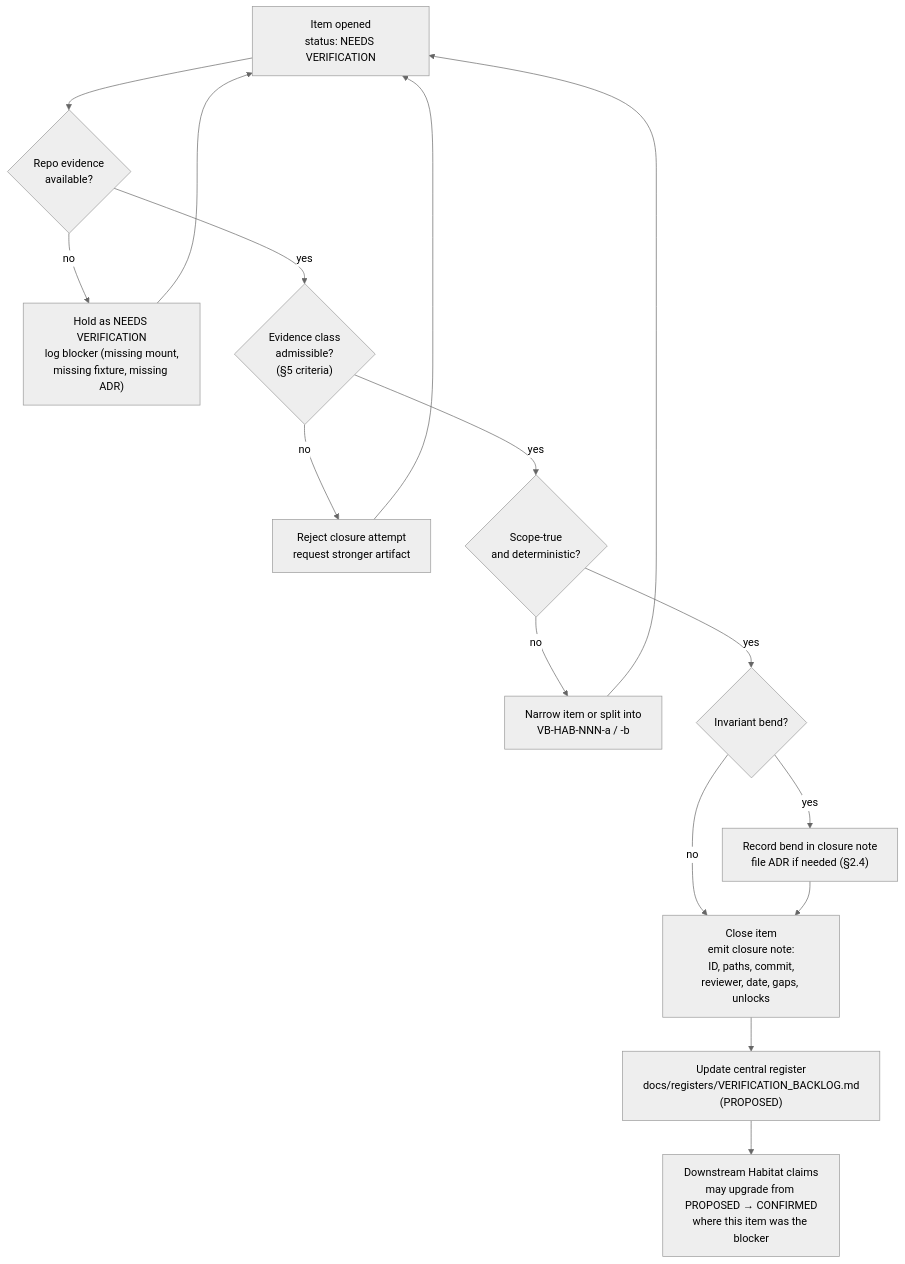
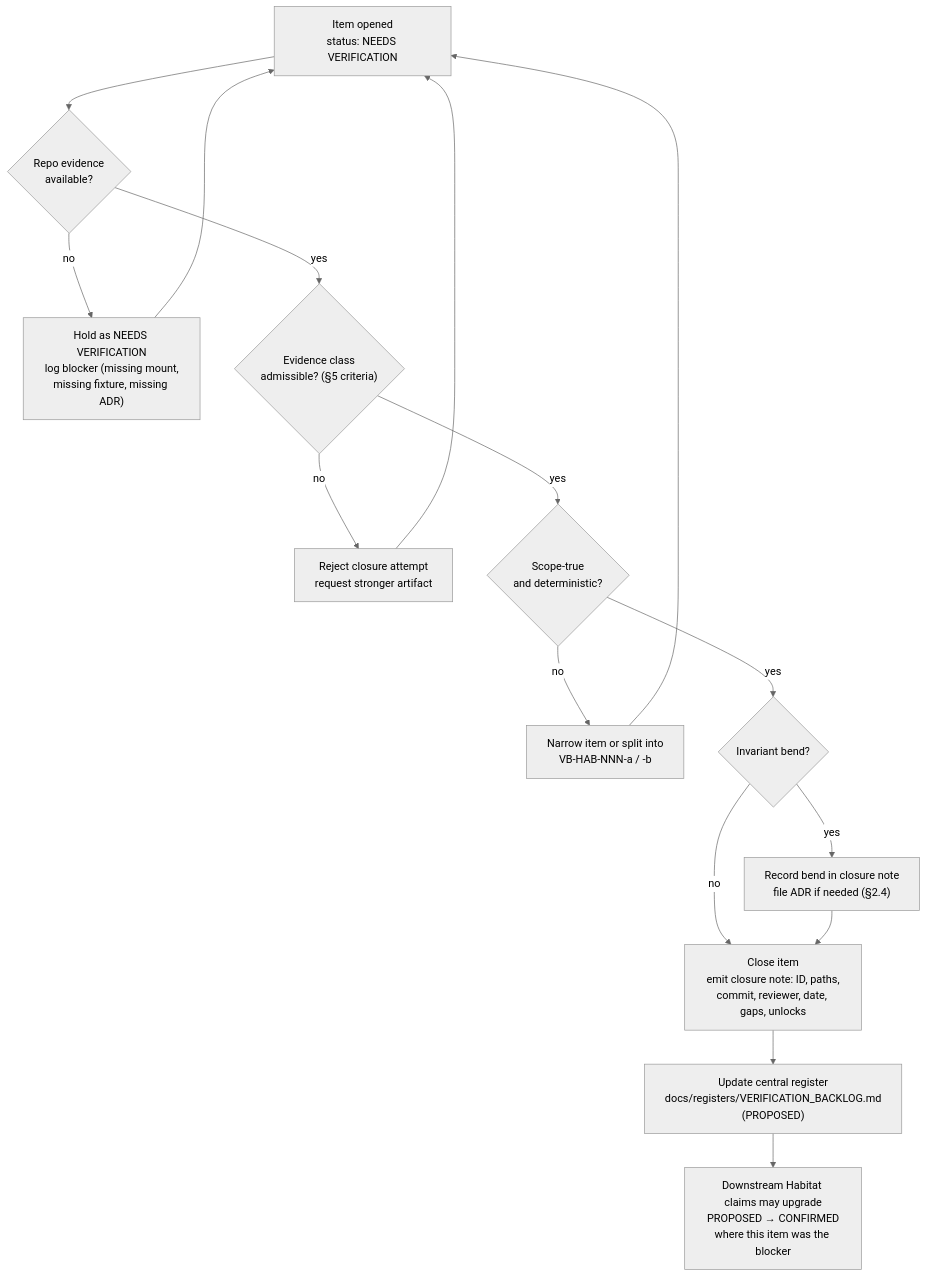
The second of 2 diagrams in docs/domains/habitat/VERIFICATION_BACKLOG.md (bartytime4life/Kansas-Frontier-Matrix), drawn with Mermaid (neutral theme) before and after one commit. The commit also changed other lines of this file, not shown here.

````diff
--- a/docs/domains/habitat/VERIFICATION_BACKLOG.md
+++ b/docs/domains/habitat/VERIFICATION_BACKLOG.md
@@ -342,18 +360,18 @@
 ```mermaid
 flowchart TD
-  A["Item opened\nstatus: NEEDS VERIFICATION"] --> B{"Repo evidence\navailable?"}
-  B -- no --> B1["Hold as NEEDS VERIFICATION\nlog blocker (missing mount,\nmissing fixture, missing ADR)"]
+  A["Item opened<br/>status: NEEDS VERIFICATION"] --> B{"Repo evidence<br/>available?"}
+  B -- no --> B1["Hold as NEEDS VERIFICATION<br/>log blocker (missing mount,<br/>missing fixture, missing ADR)"]
   B1 --> A
-  B -- yes --> C{"Evidence class\nadmissible?\n(§5 criteria)"}
-  C -- no --> C1["Reject closure attempt\nrequest stronger artifact"]
+  B -- yes --> C{"Evidence class<br/>admissible? (§5 criteria)"}
+  C -- no --> C1["Reject closure attempt<br/>request stronger artifact"]
   C1 --> A
-  C -- yes --> D{"Scope-true\nand deterministic?"}
-  D -- no --> D1["Narrow item or split into\nVB-HAB-NNN-a / -b"]
+  C -- yes --> D{"Scope-true<br/>and deterministic?"}
+  D -- no --> D1["Narrow item or split into<br/>VB-HAB-NNN-a / -b"]
   D1 --> A
   D -- yes --> E{"Invariant bend?"}
-  E -- yes --> E1["Record bend in closure note\nfile ADR if needed (§2.4)"]
-  E -- no --> F["Close item\nemit closure note:\nID, paths, commit,\nreviewer, date, gaps, unlocks"]
+  E -- yes --> E1["Record bend in closure note<br/>file ADR if needed (§2.4)"]
+  E -- no --> F["Close item<br/>emit closure note: ID, paths,<br/>commit, reviewer, date, gaps, unlocks"]
   E1 --> F
-  F --> G["Update central register\ndocs/registers/VERIFICATION_BACKLOG.md\n(PROPOSED)"]
-  G --> H["Downstream Habitat claims\nmay upgrade from PROPOSED → CONFIRMED\nwhere this item was the blocker"]
+  F --> G["Update central register<br/>docs/registers/VERIFICATION_BACKLOG.md<br/>(PROPOSED)"]
+  G --> H["Downstream Habitat claims may upgrade<br/>PROPOSED → CONFIRMED<br/>where this item was the blocker"]
 ```
````
